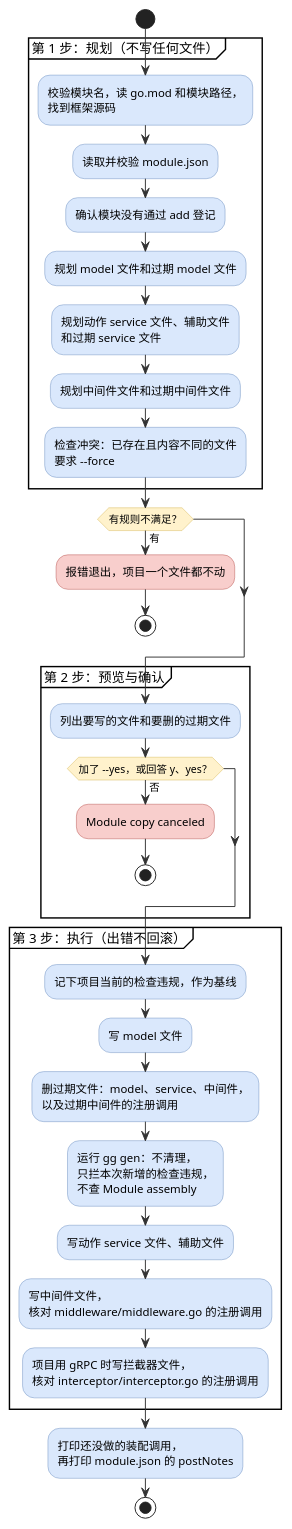
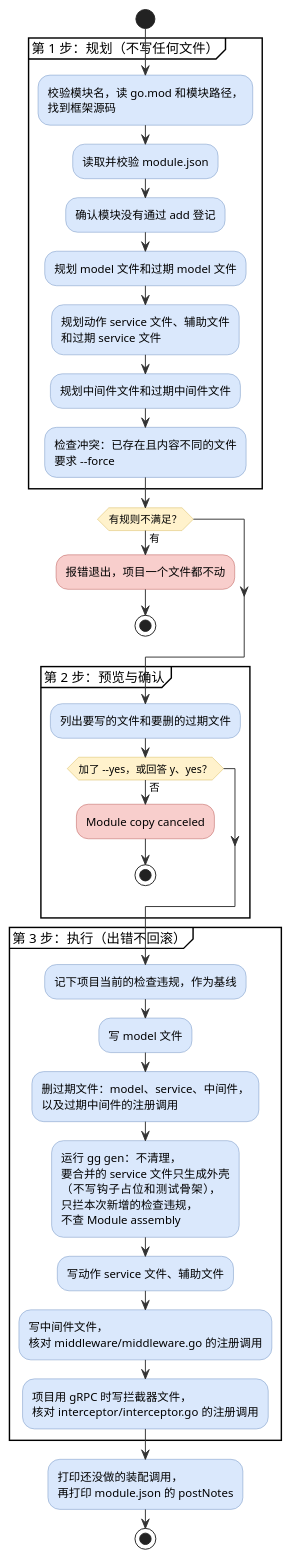
The first of 2 diagrams in cmd/gg/MODULE.md (hydroan/gst), drawn with PlantUML before and after one commit. The commit also changed other lines of this file and 14 other files, not shown here.

````diff
--- a/cmd/gg/MODULE.md
+++ b/cmd/gg/MODULE.md
@@ -88,55 +88,57 @@
 ```plantuml
 @startuml
 skinparam activity {
   BackgroundColor #dae8fc
   BorderColor #6c8ebf
   ArrowColor #333333
   DiamondBackgroundColor #fff2cc
   DiamondBorderColor #d6b656
   BackgroundColor<<cancel>> #f8cecc
   BorderColor<<cancel>> #b85450
 }
 
 start
 partition "第 1 步：规划（不写任何文件）" {
   :校验模块名，读 go.mod 和模块路径，
   找到框架源码;
   :读取并校验 module.json;
   :确认模块没有通过 add 登记;
   :规划 model 文件和过期 model 文件;
   :规划动作 service 文件、辅助文件
   和过期 service 文件;
   :规划中间件文件和过期中间件文件;
   :检查冲突：已存在且内容不同的文件
   要求 --force;
 }
 if (有规则不满足？) then (有)
   :报错退出，项目一个文件都不动; <<cancel>>
   stop
 endif
 partition "第 2 步：预览与确认" {
   :列出要写的文件和要删的过期文件;
   if (加了 --yes，或回答 y、yes？) then (否)
     :Module copy canceled; <<cancel>>
     stop
   endif
 }
 partition "第 3 步：执行（出错不回滚）" {
   :记下项目当前的检查违规，作为基线;
   :写 model 文件;
   :删过期文件：model、service、中间件，
   以及过期中间件的注册调用;
   :运行 gg gen：不清理，
+  要合并的 service 文件只生成外壳
+  （不写钩子占位和测试骨架），
   只拦本次新增的检查违规，
   不查 Module assembly;
   :写动作 service 文件、辅助文件;
   :写中间件文件，
   核对 middleware/middleware.go 的注册调用;
   :项目用 gRPC 时写拦截器文件，
   核对 interceptor/interceptor.go 的注册调用;
 }
 :打印还没做的装配调用，
 再打印 module.json 的 postNotes;
 stop
 @enduml
 ```
````
